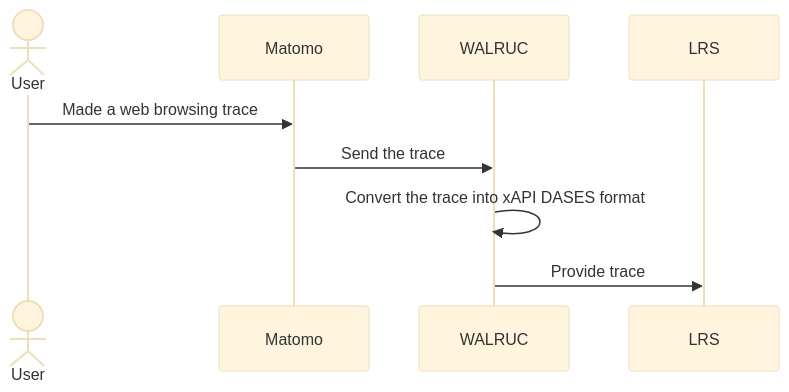
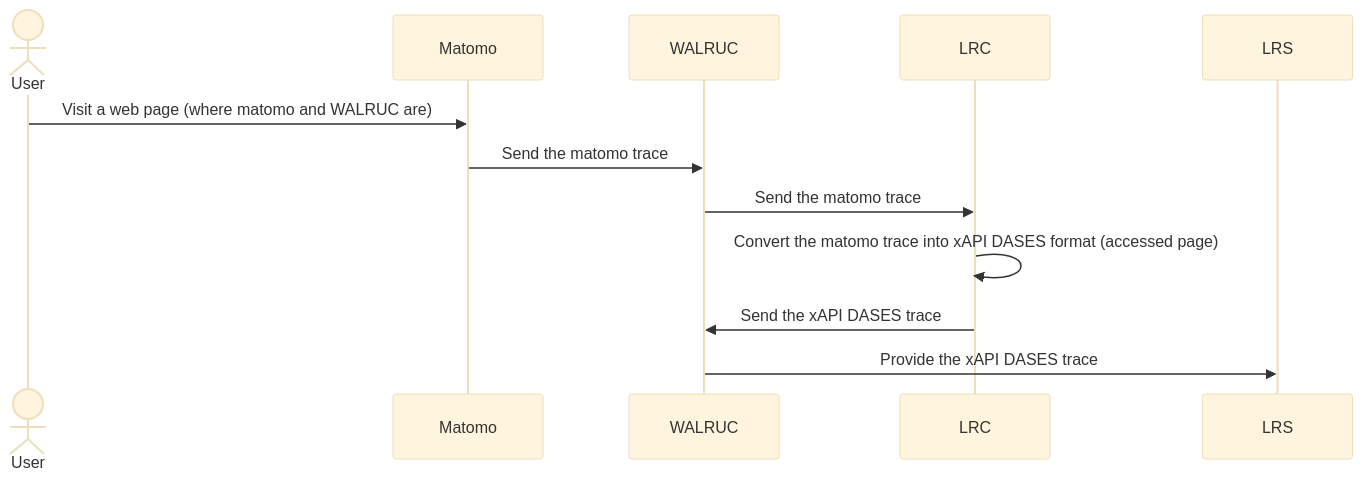
Before and after one commit to Prometheus-X-association/walruc: the fourth of 4 diagrams in docs/design-document.md, drawn with Mermaid (base theme). The commit also changed other lines of this file, not shown here.

````diff
--- a/docs/design-document.md
+++ b/docs/design-document.md
@@ -506,8 +438,10 @@
 ```mermaid
 sequenceDiagram
    actor User as User
-   User->>Matomo: Made a web browsing trace
-   Matomo->>WALRUC: Send the trace
-   WALRUC->>WALRUC: Convert the trace into xAPI DASES format
-   WALRUC->>LRS: Provide trace
+   User->>Matomo: Visit a web page (where matomo and WALRUC are)
+   Matomo->>WALRUC: Send the matomo trace
+   WALRUC->>LRC: Send the matomo trace
+   LRC->>LRC: Convert the matomo trace into xAPI DASES format (accessed page)
+   LRC->>WALRUC: Send the xAPI DASES trace
+   WALRUC->>LRS: Provide the xAPI DASES trace
 ```
````
